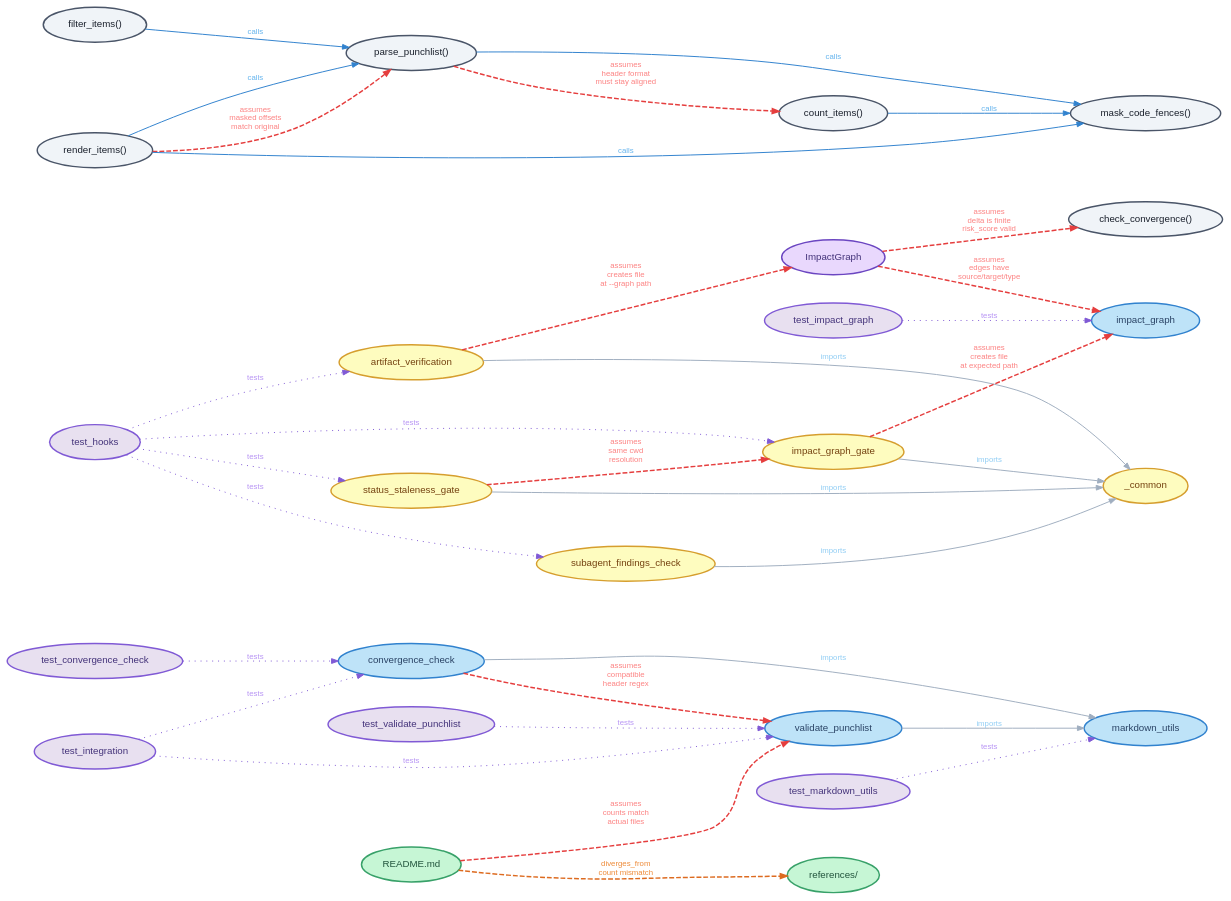
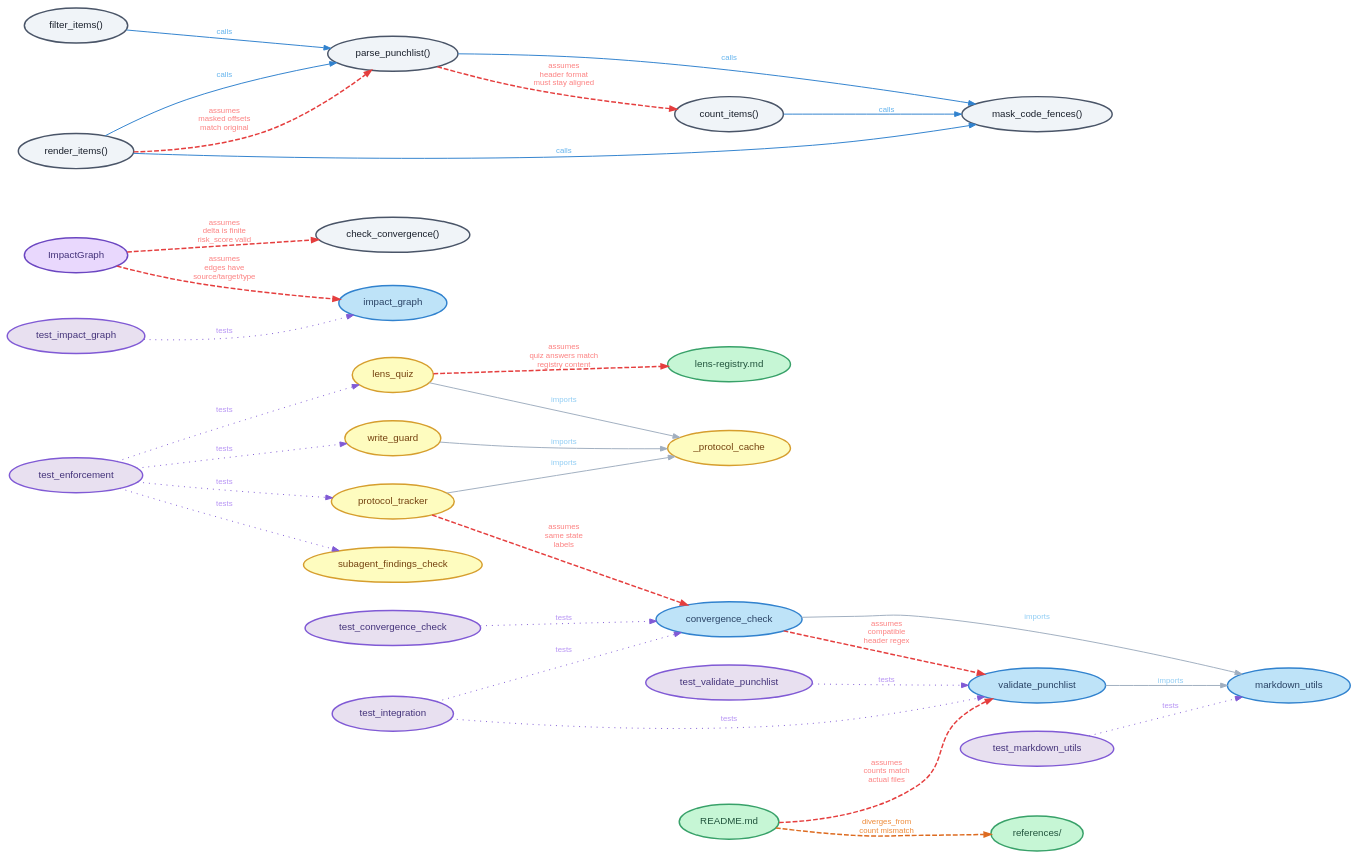
Before and after one commit to jbrjake/holtz: the diagram in docs/diagrams/impact-graph.dot, drawn with Graphviz. The commit also changed 7 other files, not shown here.

First line of the commit message:
feat(docs): rewrite README for Sahjhan enforcement, lens scoping, and runs 17-30

```diff
--- a/docs/diagrams/impact-graph.dot
+++ b/docs/diagrams/impact-graph.dot
@@ -70,25 +70,25 @@
     fillcolor="#e9d8fd" color="#6b46c1" fontcolor="#44337a"
   ]
 
-  // Hooks — amber
-  artifact_verification [
-    label="artifact_verification"
+  // Enforcement hooks — amber
+  write_guard [
+    label="write_guard"
     fillcolor="#fefcbf" color="#d69e2e" fontcolor="#744210"
   ]
-  impact_graph_gate [
-    label="impact_graph_gate"
+  lens_quiz [
+    label="lens_quiz"
     fillcolor="#fefcbf" color="#d69e2e" fontcolor="#744210"
   ]
-  status_staleness_gate [
-    label="status_staleness_gate"
+  protocol_tracker [
+    label="protocol_tracker"
     fillcolor="#fefcbf" color="#d69e2e" fontcolor="#744210"
   ]
   subagent_findings_check [
     label="subagent_findings_check"
     fillcolor="#fefcbf" color="#d69e2e" fontcolor="#744210"
   ]
-  hooks_common [
-    label="_common"
+  _protocol_cache [
+    label="_protocol_cache"
     fillcolor="#fefcbf" color="#d69e2e" fontcolor="#744210"
   ]
 
@@ -101,10 +101,14 @@
     label="references/"
     fillcolor="#c6f6d5" color="#38a169" fontcolor="#22543d"
   ]
+  lens_registry [
+    label="lens-registry.md"
+    fillcolor="#c6f6d5" color="#38a169" fontcolor="#22543d"
+  ]
 
   // Tests — light indigo
-  test_hooks [
-    label="test_hooks"
+  test_enforcement [
+    label="test_enforcement"
     fillcolor="#e8e0f0" color="#805ad5" fontcolor="#44337a"
   ]
   test_validate_punchlist [
@@ -131,10 +135,9 @@
   // Import edges — solid gray
   validate_punchlist -> markdown_utils [color="#a0aec0" fontcolor="#90cdf4" label="imports"]
   convergence_check -> markdown_utils [color="#a0aec0" fontcolor="#90cdf4" label="imports"]
-  artifact_verification -> hooks_common [color="#a0aec0" fontcolor="#90cdf4" label="imports"]
-  impact_graph_gate -> hooks_common [color="#a0aec0" fontcolor="#90cdf4" label="imports"]
-  status_staleness_gate -> hooks_common [color="#a0aec0" fontcolor="#90cdf4" label="imports"]
-  subagent_findings_check -> hooks_common [color="#a0aec0" fontcolor="#90cdf4" label="imports"]
+  write_guard -> _protocol_cache [color="#a0aec0" fontcolor="#90cdf4" label="imports"]
+  lens_quiz -> _protocol_cache [color="#a0aec0" fontcolor="#90cdf4" label="imports"]
+  protocol_tracker -> _protocol_cache [color="#a0aec0" fontcolor="#90cdf4" label="imports"]
 
   // Call edges — solid blue
   parse_punchlist -> mask_code_fences [color="#3182ce" fontcolor="#63b3ed" label="calls"]
@@ -144,10 +147,10 @@
   filter_items -> parse_punchlist [color="#3182ce" fontcolor="#63b3ed" label="calls"]
 
   // Test edges — dotted purple
-  test_hooks -> impact_graph_gate [color="#805ad5" style=dotted fontcolor="#b794f4" label="tests"]
-  test_hooks -> status_staleness_gate [color="#805ad5" style=dotted fontcolor="#b794f4" label="tests"]
-  test_hooks -> artifact_verification [color="#805ad5" style=dotted fontcolor="#b794f4" label="tests"]
-  test_hooks -> subagent_findings_check [color="#805ad5" style=dotted fontcolor="#b794f4" label="tests"]
+  test_enforcement -> write_guard [color="#805ad5" style=dotted fontcolor="#b794f4" label="tests"]
+  test_enforcement -> lens_quiz [color="#805ad5" style=dotted fontcolor="#b794f4" label="tests"]
+  test_enforcement -> protocol_tracker [color="#805ad5" style=dotted fontcolor="#b794f4" label="tests"]
+  test_enforcement -> subagent_findings_check [color="#805ad5" style=dotted fontcolor="#b794f4" label="tests"]
   test_validate_punchlist -> validate_punchlist [color="#805ad5" style=dotted fontcolor="#b794f4" label="tests"]
   test_convergence_check -> convergence_check [color="#805ad5" style=dotted fontcolor="#b794f4" label="tests"]
   test_impact_graph -> impact_graph_mod [color="#805ad5" style=dotted fontcolor="#b794f4" label="tests"]
@@ -161,46 +164,41 @@
     fontcolor="#fc8181"
     label="assumes\nheader format\nmust stay aligned"
   ]
-  artifact_verification -> ImpactGraph [
+  ImpactGraph -> check_convergence [
     color="#e53e3e" style=dashed penwidth=1.5
     fontcolor="#fc8181"
-    label="assumes\ncreates file\nat --graph path"
+    label="assumes\ndelta is finite\nrisk_score valid"
   ]
   readme -> validate_punchlist [
     color="#e53e3e" style=dashed penwidth=1.5
     fontcolor="#fc8181"
     label="assumes\ncounts match\nactual files"
   ]
-  ImpactGraph -> check_convergence [
-    color="#e53e3e" style=dashed penwidth=1.5
-    fontcolor="#fc8181"
-    label="assumes\ndelta is finite\nrisk_score valid"
-  ]
   convergence_check -> validate_punchlist [
     color="#e53e3e" style=dashed penwidth=1.5
     fontcolor="#fc8181"
     label="assumes\ncompatible\nheader regex"
-  ]
-  status_staleness_gate -> impact_graph_gate [
-    color="#e53e3e" style=dashed penwidth=1.5
-    fontcolor="#fc8181"
-    label="assumes\nsame cwd\nresolution"
   ]
   ImpactGraph -> impact_graph_mod [
     color="#e53e3e" style=dashed penwidth=1.5
     fontcolor="#fc8181"
     label="assumes\nedges have\nsource/target/type"
   ]
-  impact_graph_gate -> impact_graph_mod [
-    color="#e53e3e" style=dashed penwidth=1.5
-    fontcolor="#fc8181"
-    label="assumes\ncreates file\nat expected path"
-  ]
   render_items -> parse_punchlist [
     color="#e53e3e" style=dashed penwidth=1.5
     fontcolor="#fc8181"
     label="assumes\nmasked offsets\nmatch original"
     constraint=false
+  ]
+  lens_quiz -> lens_registry [
+    color="#e53e3e" style=dashed penwidth=1.5
+    fontcolor="#fc8181"
+    label="assumes\nquiz answers match\nregistry content"
+  ]
+  protocol_tracker -> convergence_check [
+    color="#e53e3e" style=dashed penwidth=1.5
+    fontcolor="#fc8181"
+    label="assumes\nsame state\nlabels"
   ]
 
   // Diverges_from edges — dashed orange
```
